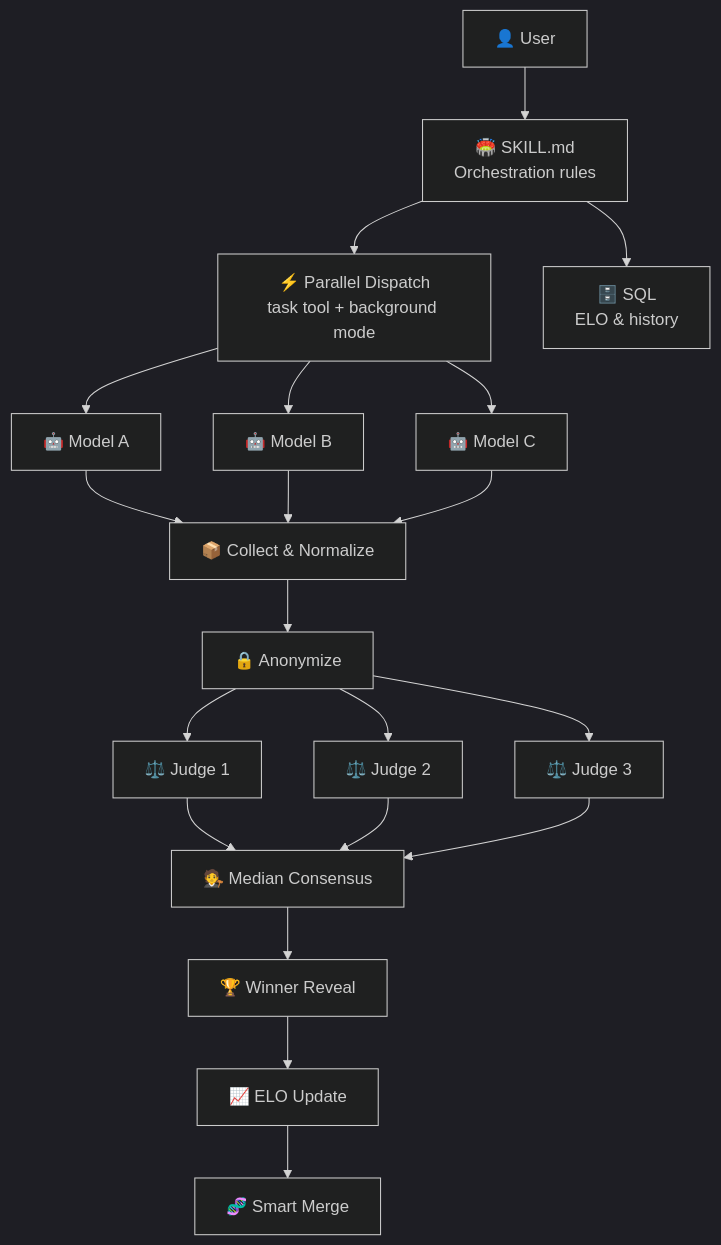
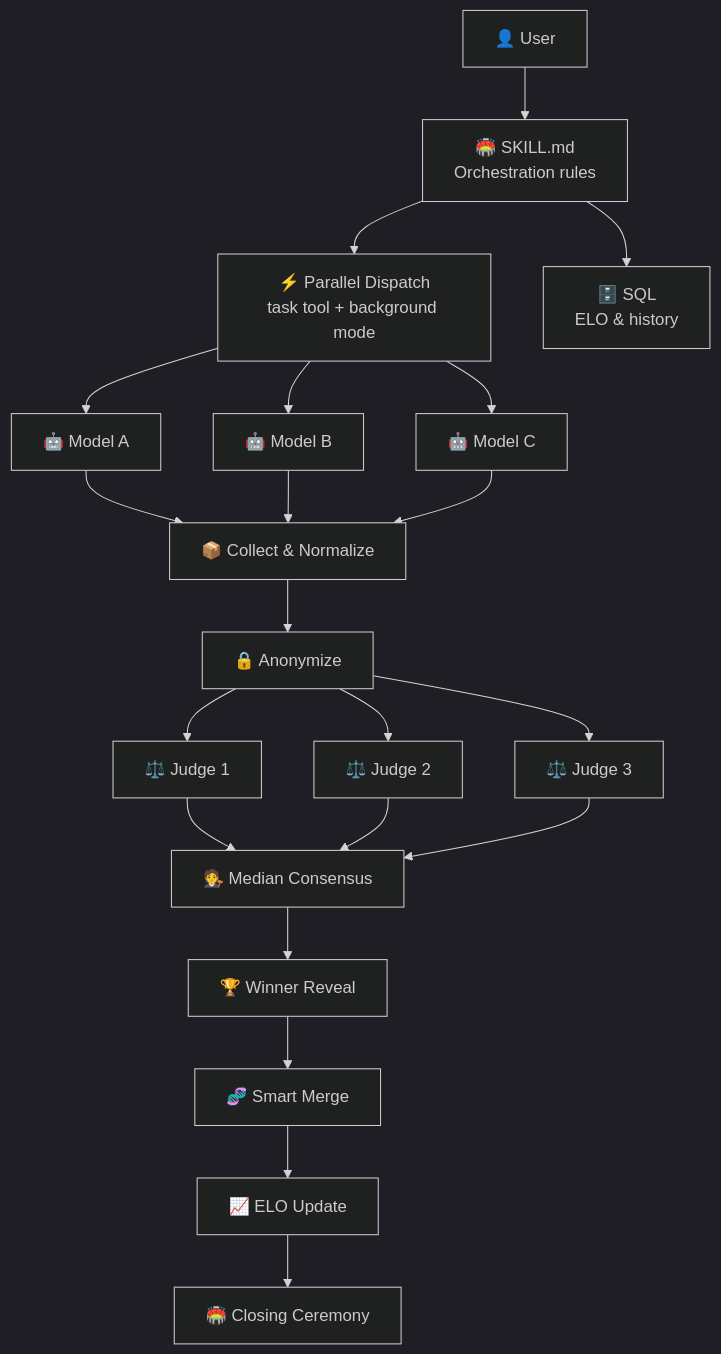
One commit to DUBSOpenHub/havoc-hackathon changed the diagram in README.md. Above: the diagram before and after it, drawn with Mermaid (dark theme). The commit also changed other lines of this file, not shown here.

First line of the commit message:
docs: update README example run with full Phase 6-8 flow

````diff
--- a/README.md
+++ b/README.md
@@ -195,22 +217,23 @@
 ```mermaid
 flowchart TD
     USER["👤 User"] --> SKILL["🏟️ SKILL.md<br/>Orchestration rules"]
     SKILL --> DISPATCH["⚡ Parallel Dispatch<br/>task tool + background mode"]
     DISPATCH --> M1["🤖 Model A"]
     DISPATCH --> M2["🤖 Model B"]
     DISPATCH --> M3["🤖 Model C"]
     M1 --> COLLECT["📦 Collect & Normalize"]
     M2 --> COLLECT
     M3 --> COLLECT
     COLLECT --> ANONYMIZE["🔒 Anonymize"]
     ANONYMIZE --> J1["⚖️ Judge 1"]
     ANONYMIZE --> J2["⚖️ Judge 2"]
     ANONYMIZE --> J3["⚖️ Judge 3"]
     J1 --> CONSENSUS["🧑‍⚖️ Median Consensus"]
     J2 --> CONSENSUS
     J3 --> CONSENSUS
     CONSENSUS --> REVEAL["🏆 Winner Reveal"]
-    REVEAL --> ELO["📈 ELO Update"]
-    ELO --> MERGE["🧬 Smart Merge"]
+    REVEAL --> MERGE["🧬 Smart Merge"]
+    MERGE --> ELO["📈 ELO Update"]
+    ELO --> CLOSING["🏟️ Closing Ceremony"]
     SKILL --> SQL["🗄️ SQL<br/>ELO & history"]
 ```
````
